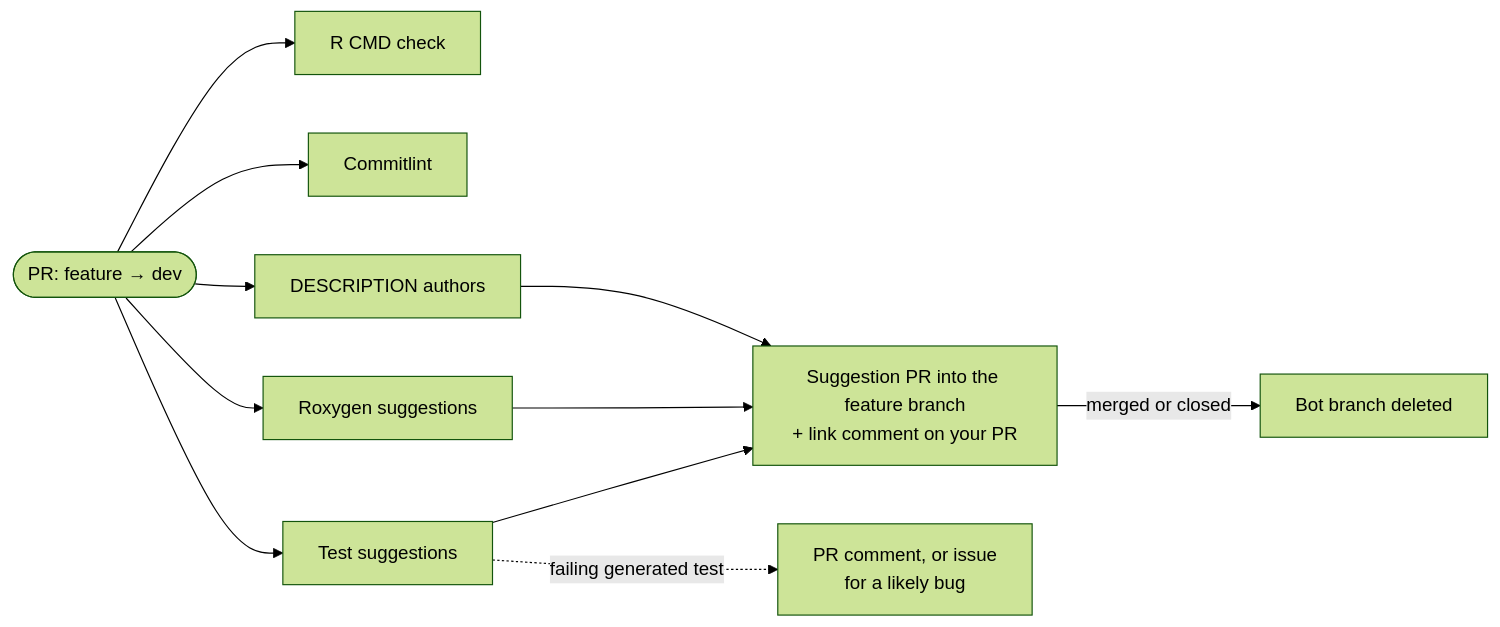
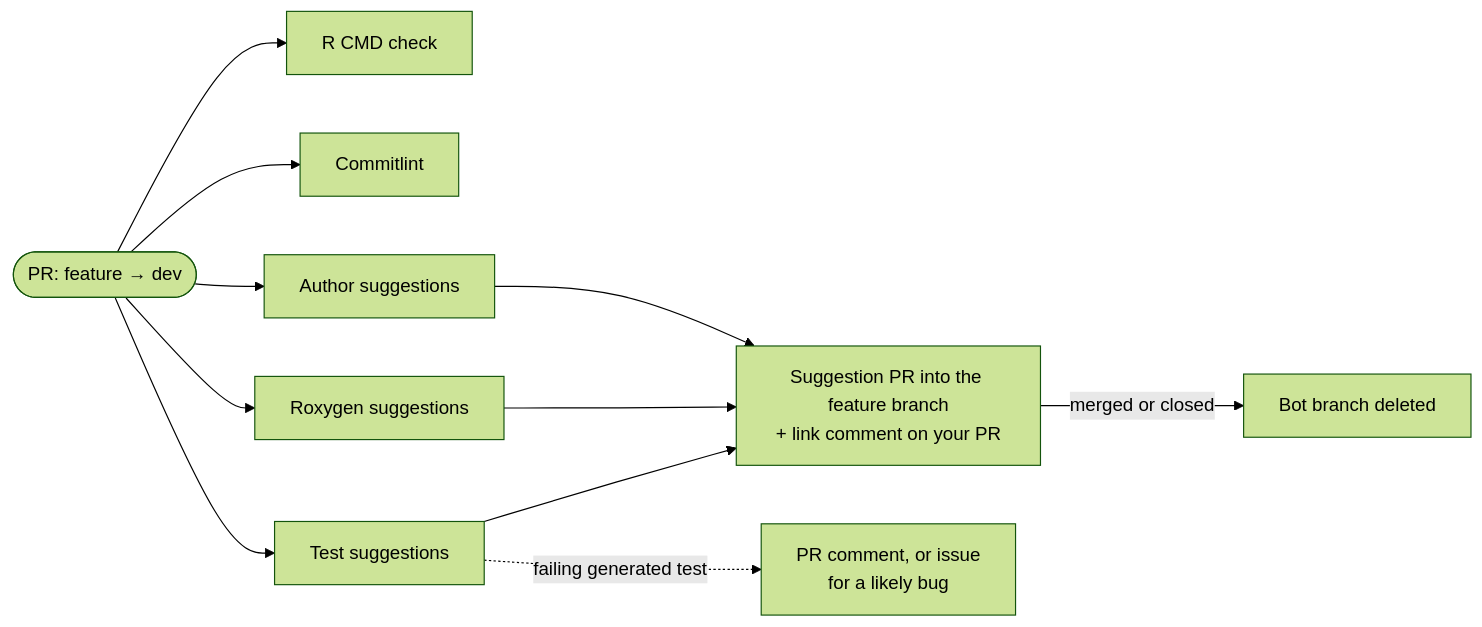
One commit to FlorianSchw/package-workflows changed the first of 3 diagrams in docs/overview.qmd. Above: the diagram before and after it, drawn with Mermaid (forest theme). The commit also changed 13 other files, not shown here.

````diff
--- a/docs/overview.qmd
+++ b/docs/overview.qmd
@@ -16,14 +16,14 @@
 ```{mermaid}
 flowchart LR
   pr(["PR: feature → dev"])
   pr --> check["R CMD check"]
   pr --> lint["Commitlint"]
-  pr --> authors["DESCRIPTION authors"]
+  pr --> authors["Author suggestions"]
   pr --> rox["Roxygen suggestions"]
   pr --> tests["Test suggestions"]
   authors --> sub["Suggestion PR into the feature branch<br/>+ link comment on your PR"]
   rox --> sub
   tests --> sub
   tests -. "failing generated test" .-> fb["PR comment, or issue<br/>for a likely bug"]
   sub -- "merged or closed" --> clean["Bot branch deleted"]
 ```
````
